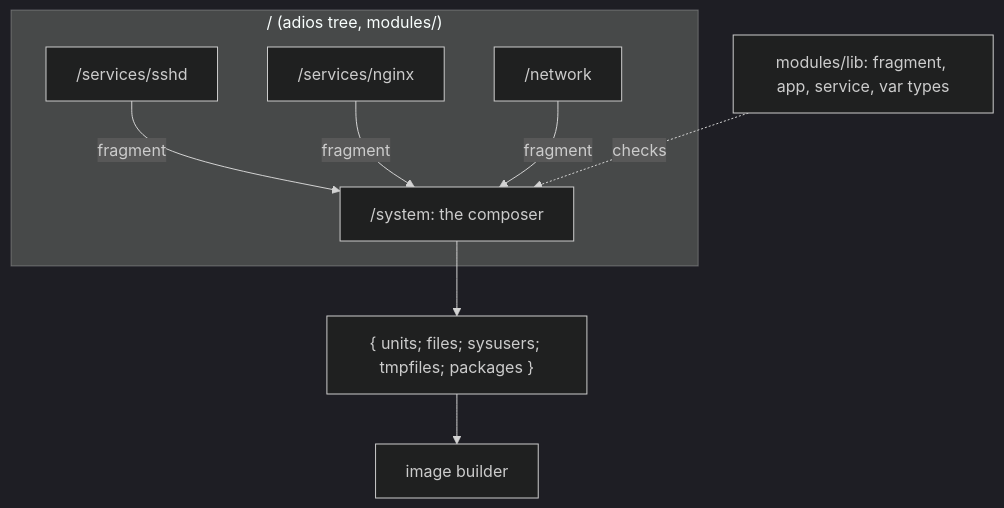
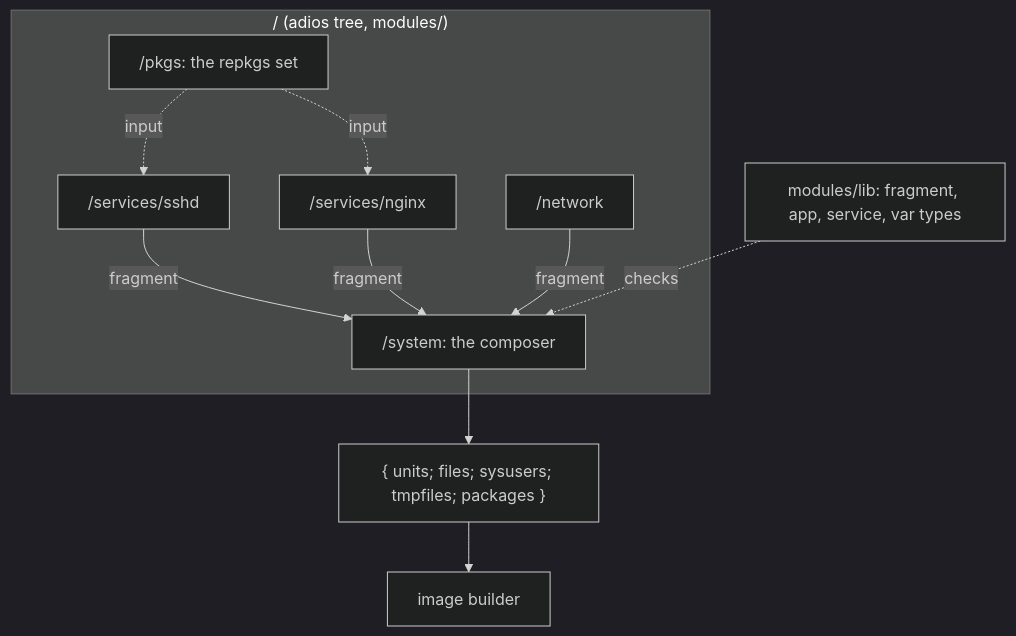
The diagram in docs/design/modules.md (slophaer/golconda), drawn with Mermaid (dark theme) before and after one commit. The commit also changed other lines of this file and 9 other files, not shown here.

First line of the commit message:
modules: the repkgs set enters the tree through /pkgs

````diff
--- a/docs/design/modules.md
+++ b/docs/design/modules.md
@@ -7,15 +7,18 @@
 ```mermaid
 flowchart TD
   subgraph tree["/ (adios tree, modules/)"]
+    pkgs["/pkgs: the repkgs set"]
     system["/system: the composer"]
     svc1["/services/sshd"]
     svc2["/services/nginx"]
     net["/network"]
   end
+  pkgs -.->|input| svc1
+  pkgs -.->|input| svc2
   svc1 -->|fragment| system
   svc2 -->|fragment| system
   net -->|fragment| system
   lib["modules/lib: fragment, app, service, var types"] -.->|checks| system
   system --> out["{ units; files; sysusers; tmpfiles; packages }"]
   out --> image[image builder]
 ```
````
